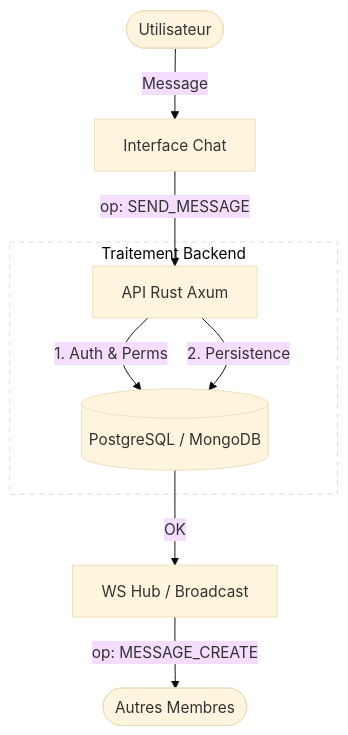
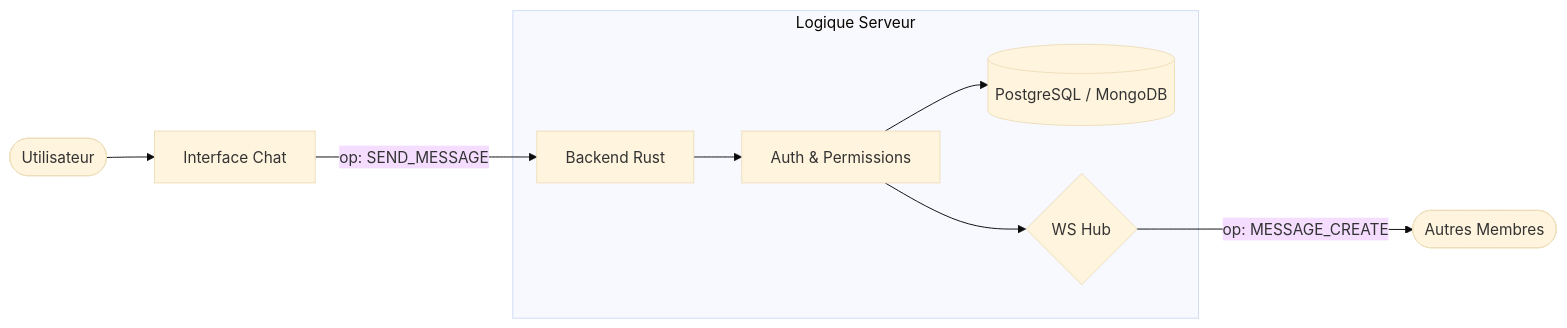
The second of 4 diagrams in README.md (florian-billon/voisins-connect), drawn with Mermaid (base theme) before and after one commit. The commit also changed other lines of this file, not shown here.

Commit message:
docs: adapt diagrams to match GitHub Actions UI style

````diff
--- a/README.md
+++ b/README.md
@@ -330,25 +330,13 @@
 ```mermaid
-flowchart TD
-    %% Nodes
-    User([Utilisateur])
-    App[Interface Chat]
-    Server[API Rust Axum]
-    DB[(PostgreSQL / MongoDB)]
-    Hub[WS Hub / Broadcast]
-    Peers([Autres Membres])
-
-    %% Flow
-    User -- Message --> App
-    App -- op: SEND_MESSAGE --> Server
+flowchart LR
+    U([Utilisateur]) --> App[Interface Chat]
+    App -- op: SEND_MESSAGE --> S[Backend Rust]
     
-    subgraph Logic [Traitement Backend]
-        Server -- 1. Auth & Perms --> DB
-        Server -- 2. Persistence --> DB
+    subgraph Backend [Logique Serveur]
+        S --> Auth[Auth & Permissions]
+        Auth --> DB[(PostgreSQL / MongoDB)]
+        Auth --> Hub{WS Hub}
     end
     
-    DB -- OK --> Hub
-    Hub -- op: MESSAGE_CREATE --> Peers
-
-    %% Styling
-    style Logic fill:transparent,stroke-dasharray: 5 5
+    Hub -- op: MESSAGE_CREATE --> Others([Autres Membres])
 ```
````
